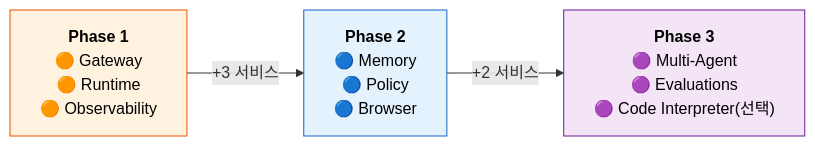
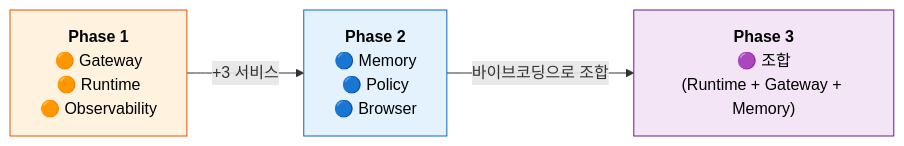
The second of 4 diagrams in docs/appendix/service-map.md (kjhyuok/rcg-agentcore-workshop-guide), drawn with Mermaid before and after one commit. The commit also changed other lines of this file and 28 other files, not shown here.

````diff
--- a/docs/appendix/service-map.md
+++ b/docs/appendix/service-map.md
@@ -53,13 +46,13 @@
 ```mermaid
 graph LR
     P1["<b>Phase 1</b><br/>🟠 Gateway<br/>🟠 Runtime<br/>🟠 Observability"]
     P2["<b>Phase 2</b><br/>🔵 Memory<br/>🔵 Policy<br/>🔵 Browser"]
-    P3["<b>Phase 3</b><br/>🟣 Multi-Agent<br/>🟣 Evaluations<br/>🟣 Code Interpreter(선택)"]
+    P3["<b>Phase 3</b><br/>🟣 조합<br/>(Runtime + Gateway + Memory)"]
 
     P1 -->|"+3 서비스"| P2
-    P2 -->|"+2 서비스"| P3
+    P2 -->|"바이브코딩으로 조합"| P3
 
     style P1 fill:#fff3e0,stroke:#e65100,color:#000
     style P2 fill:#e3f2fd,stroke:#1565c0,color:#000
     style P3 fill:#f3e5f5,stroke:#6a1b9a,color:#000
 ```
````
